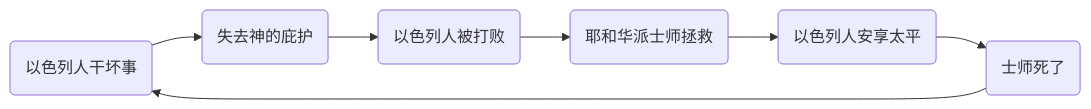
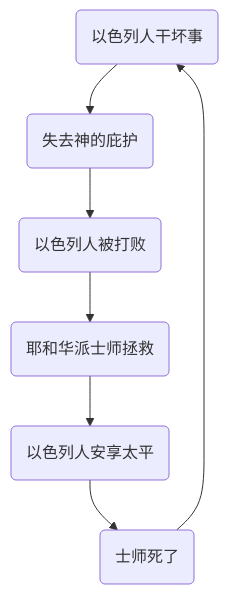
Before and after one commit to XiGou/Obsidain-Digital-Garden: the diagram in DigitalGarden/Collections/BibleReading/Judges.md, drawn with Mermaid. The commit also changed 4 other files, not shown here.

````diff
--- a/DigitalGarden/Collections/BibleReading/Judges.md
+++ b/DigitalGarden/Collections/BibleReading/Judges.md
@@ -21,9 +21,9 @@
 ```mermaid
-graph LR 
+graph TB 
 A(以色列人干坏事) --> AA(失去神的庇护)
 AA(失去神的庇护)--> B(以色列人被打败) 
 B --> C(耶和华派士师拯救) 
 C --> D(以色列人安享太平) 
 D --> E(士师死了) 
 E --> A 
 ```
````
